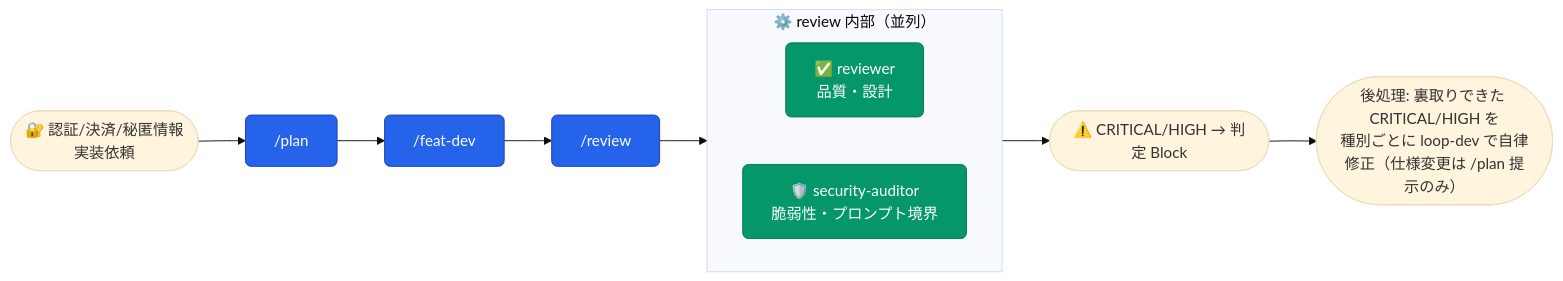
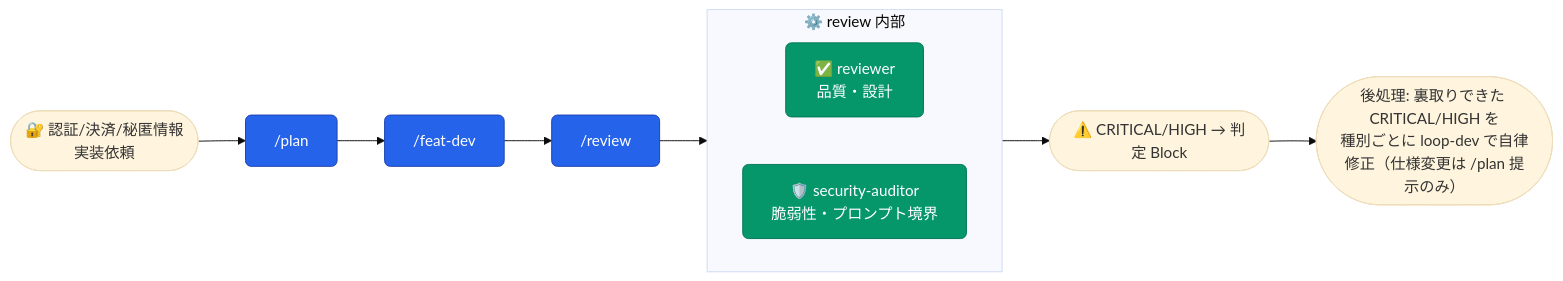
The ninth of 20 diagrams in README.md (aokumablue/claq), drawn with Mermaid (base theme) before and after one commit. The commit also changed other lines of this file and 4 other files, not shown here.

````diff
--- a/README.md
+++ b/README.md
@@ -438,20 +438,20 @@
 ```mermaid
 flowchart LR
   classDef cmd    fill:#2563eb,stroke:#1e40af,color:#fff,rx:6
   classDef agent  fill:#059669,stroke:#047857,color:#fff,rx:6
   classDef skill  fill:#7c3aed,stroke:#6d28d9,color:#fff,rx:4
 
   U(["🔐 認証/決済/秘匿情報<br/>実装依頼"]) --> CP["/plan"]:::cmd
   CP --> CF["/feat-dev"]:::cmd
   CF --> CR["/review"]:::cmd
 
-  subgraph review["⚙️ review 内部（並列）"]
+  subgraph review["⚙️ review 内部"]
     direction LR
     AR["✅ reviewer<br/>品質・設計"]:::agent
     AS["🛡️ security-auditor<br/>脆弱性・プロンプト境界"]:::agent
   end
 
   CR --> review
   review --> NEXT(["⚠️ CRITICAL/HIGH → 判定 Block"])
   NEXT --> FIXR(["後処理: 裏取りできた CRITICAL/HIGH を<br/>種別ごとに loop-dev で自律修正（仕様変更は /plan 提示のみ）"])
 ```
````
